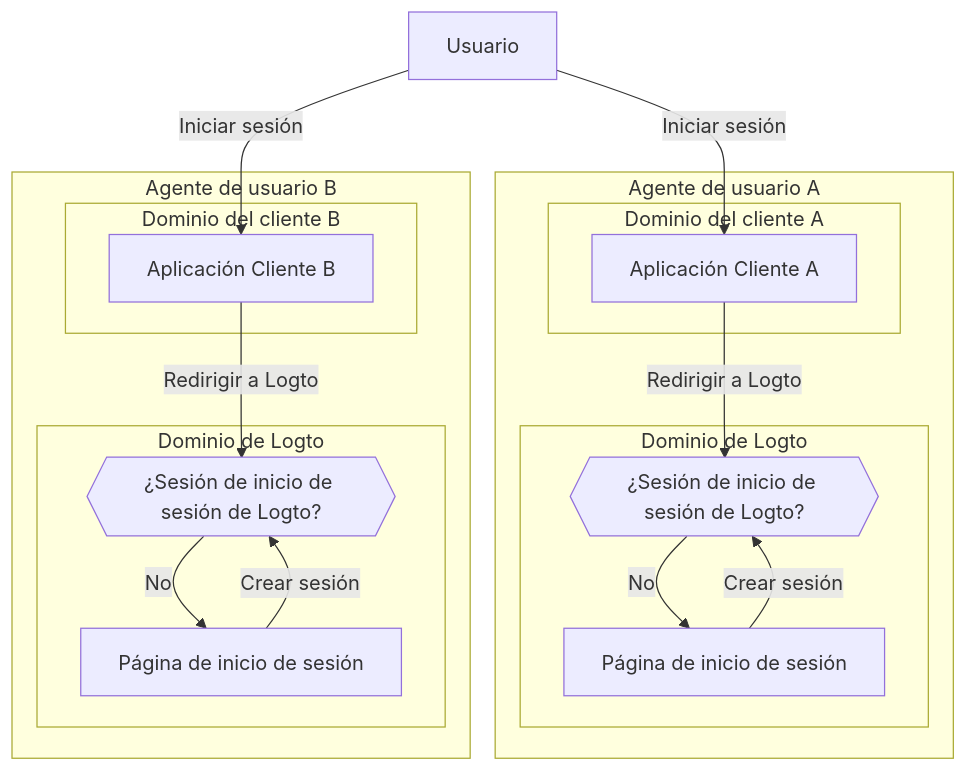
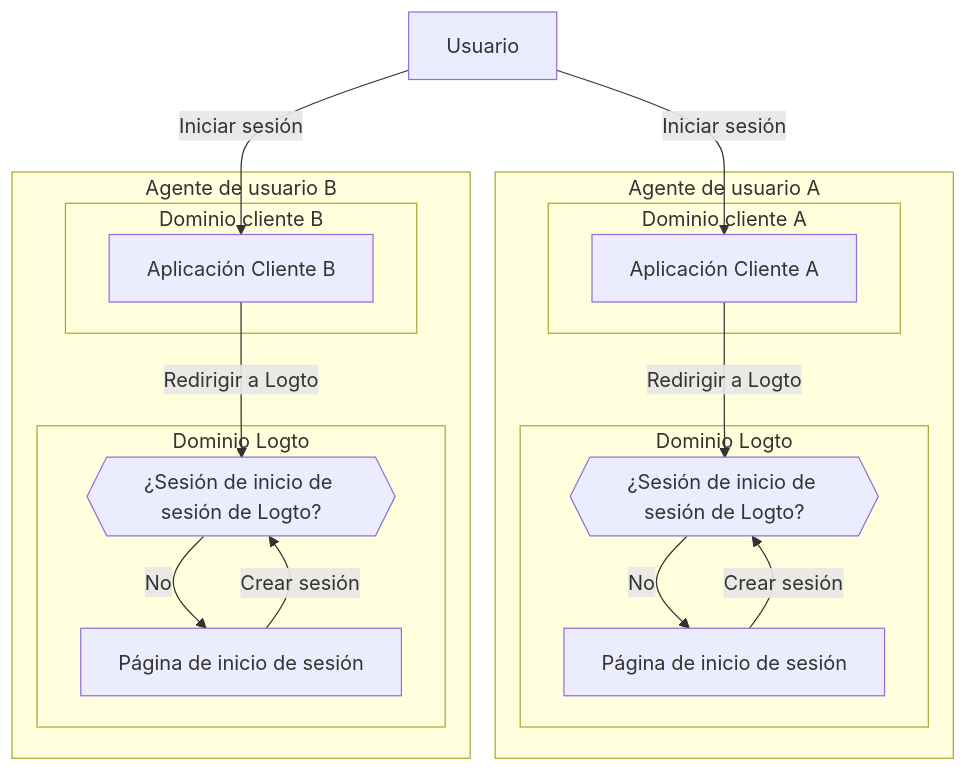
Before and after one commit to logto-io/docs: the third of 3 diagrams in i18n/es/docusaurus-plugin-content-docs/current/end-user-flows/sign-out.mdx, drawn with Mermaid. The commit also changed other lines of this file and 162 other files, not shown here.

````diff
--- a/i18n/es/docusaurus-plugin-content-docs/current/end-user-flows/sign-out.mdx
+++ b/i18n/es/docusaurus-plugin-content-docs/current/end-user-flows/sign-out.mdx
@@ -89,35 +89,35 @@
    ```mermaid
     flowchart TD
     U[Usuario]
 
     subgraph DeviceA [Agente de usuario A]
-      subgraph Layer1 [Dominio del cliente A]
+      subgraph Layer1 [Dominio cliente A]
         A[Aplicación Cliente A]
       end
 
-      subgraph Layer2 [Dominio de Logto]
+      subgraph Layer2 [Dominio Logto]
           C{{¿Sesión de inicio de sesión de Logto?}}
           D[Página de inicio de sesión]
       end
     end
 
     subgraph DeviceB [Agente de usuario B]
-      subgraph Layer3 [Dominio del cliente B]
+      subgraph Layer3 [Dominio cliente B]
         B[Aplicación Cliente B]
       end
 
-      subgraph Layer4 [Dominio de Logto]
+      subgraph Layer4 [Dominio Logto]
           E{{¿Sesión de inicio de sesión de Logto?}}
           F[Página de inicio de sesión]
       end
     end
 
     U --> |Iniciar sesión| A
     A --> |Redirigir a Logto| C
     U --> |Iniciar sesión| B
     B --> |Redirigir a Logto| E
     C --> |No| D
     E --> |No| F
     D --> |Crear sesión| C
     F --> |Crear sesión| E
    ```
````
